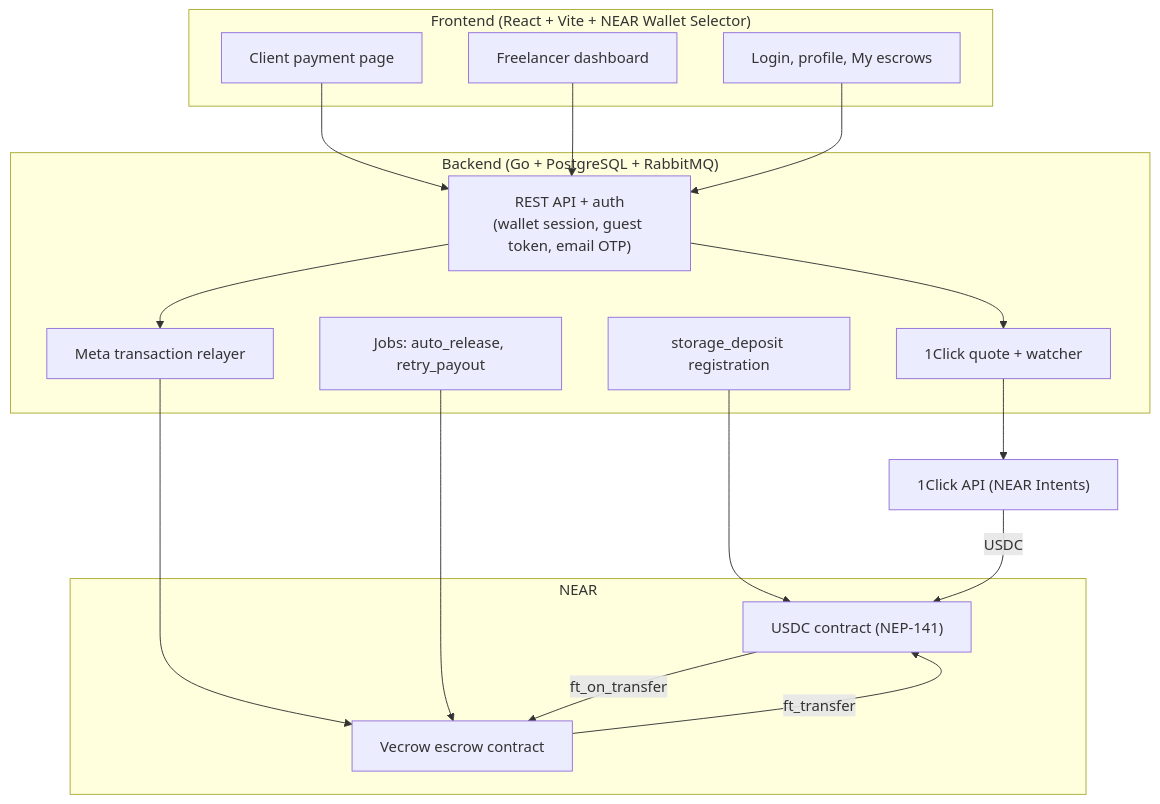
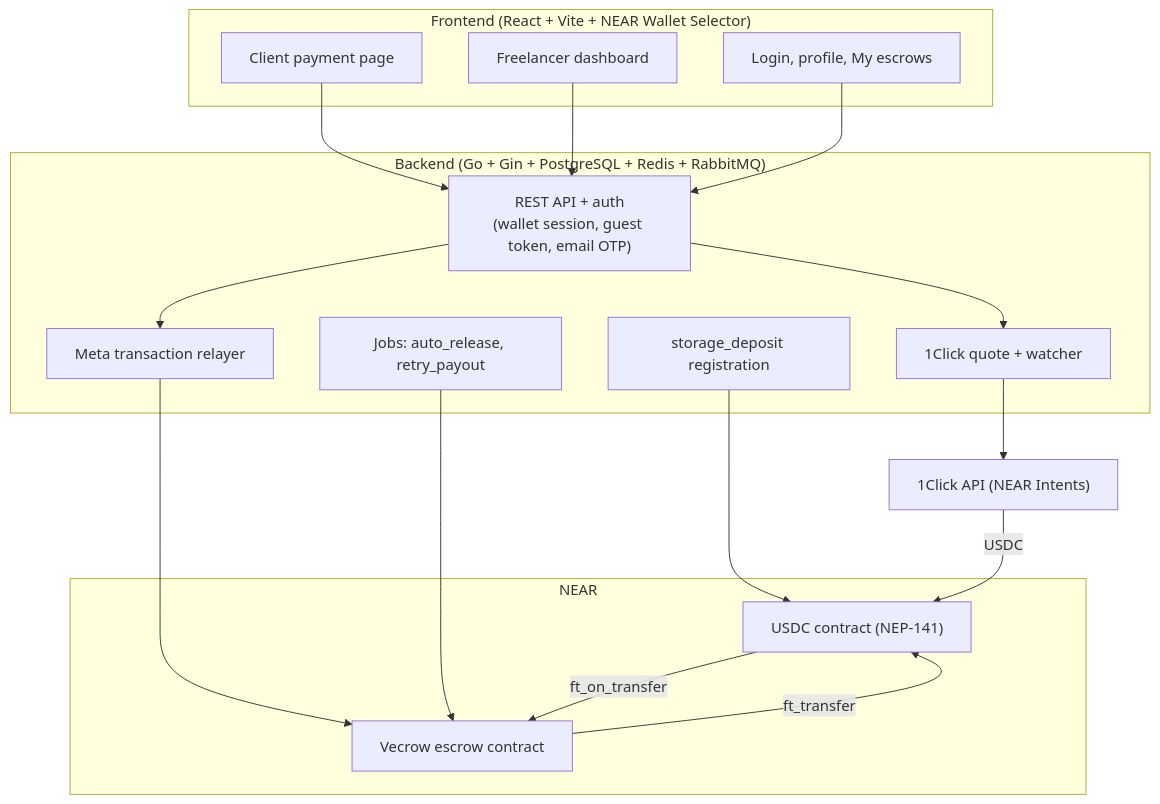
The first of 5 diagrams in docs/architecture.md (harundarat/vecrow), drawn with Mermaid before and after one commit. The commit also changed other lines of this file and 1 other file, not shown here.

First line of the commit message:
docs: record backend stack decision (D-12) and code structure

````diff
--- a/docs/architecture.md
+++ b/docs/architecture.md
@@ -32,30 +32,30 @@
 ```mermaid
 flowchart TB
     subgraph FE["Frontend (React + Vite + NEAR Wallet Selector)"]
         PAY["Client payment page"]
         DASH["Freelancer dashboard"]
         ACC["Login, profile, My escrows"]
     end
-    subgraph BE["Backend (Go + PostgreSQL + RabbitMQ)"]
+    subgraph BE["Backend (Go + Gin + PostgreSQL + Redis + RabbitMQ)"]
         API["REST API + auth<br/>(wallet session, guest token, email OTP)"]
         Q["1Click quote + watcher"]
         REL["Meta transaction relayer"]
         JOB["Jobs: auto_release, retry_payout"]
         REG["storage_deposit registration"]
     end
     subgraph NEAR["NEAR"]
         ESC["Vecrow escrow contract"]
         USDC["USDC contract (NEP-141)"]
     end
     ONE["1Click API (NEAR Intents)"]
 
     PAY --> API
     DASH --> API
     ACC --> API
     API --> Q --> ONE
     API --> REL --> ESC
     JOB --> ESC
     REG --> USDC
     ONE -->|USDC| USDC -->|ft_on_transfer| ESC
     ESC -->|ft_transfer| USDC
 ```
````
